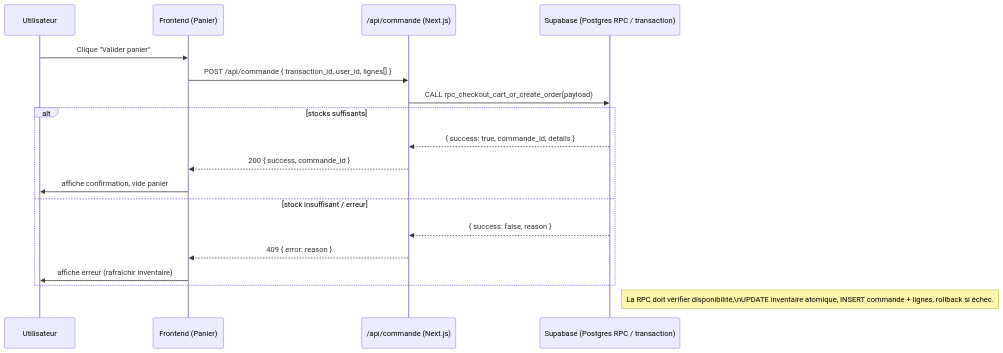
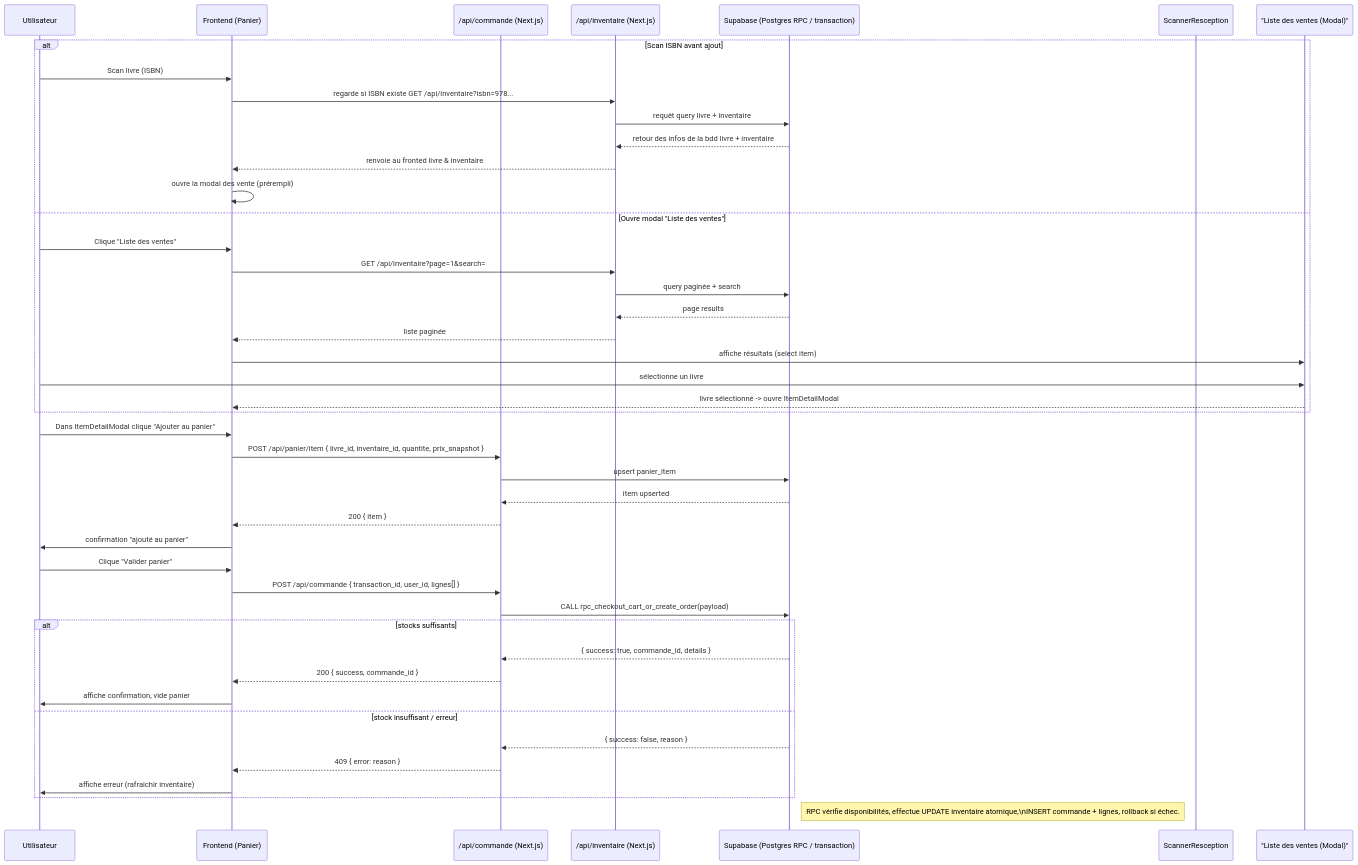
Before and after one commit to AureleinCMCI/projectCPH.ioi: the second of 3 diagrams in sequence_diagram.md, drawn with Mermaid. The commit also changed other lines of this file and 16 other files, not shown here.

````diff
--- a/sequence_diagram.md
+++ b/sequence_diagram.md
@@ -31,22 +32,53 @@
 ```mermaid
 sequenceDiagram
   participant User as Utilisateur
   participant Front as Frontend (Panier)
   participant API as /api/commande (Next.js)
+  participant API_INV as /api/inventaire (Next.js)
   participant DB as Supabase (Postgres RPC / transaction)
+  participant Scanner as ScannerResception
+  participant Modal as "Liste des ventes (Modal)"
+
+  %% Avant d'ajouter au panier : scan ou ouvrir la modal
+  alt Scan ISBN avant ajout
+    User->>Front: Scan livre (ISBN)
+   
+    Front->>API_INV: regarde si ISBN existe GET /api/inventaire?isbn=978...
+    API_INV->>DB: requêt query livre + inventaire
+    DB-->>API_INV: retour des infos de la bdd livre + inventaire
+    API_INV-->>Front: renvoie au fronted livre & inventaire
+    Front->>Front: ouvre la modal des vente (prérempli)
+  else Ouvre modal "Liste des ventes"
+    User->>Front: Clique "Liste des ventes"
+    Front->>API_INV: GET /api/inventaire?page=1&search=
+    API_INV->>DB: query paginée + search
+    DB-->>API_INV: page results
+    API_INV-->>Front: liste paginée
+    Front->>Modal: affiche résultats (select item)
+    User->>Modal: sélectionne un livre
+    Modal-->>Front: livre sélectionné -> ouvre ItemDetailModal
+  end
+
+  %% Ajout au panier puis checkout
+  User->>Front: Dans ItemDetailModal clique "Ajouter au panier"
+  Front->>API: POST /api/panier/item { livre_id, inventaire_id, quantite, prix_snapshot }
+  API->>DB: upsert panier_item
+  DB-->>API: item upserted
+  API-->>Front: 200 { item }
+  Front->>User: confirmation "ajouté au panier"
 
   User->>Front: Clique "Valider panier"
   Front->>API: POST /api/commande { transaction_id, user_id, lignes[] }
   API->>DB: CALL rpc_checkout_cart_or_create_order(payload)
   alt stocks suffisants
     DB-->>API: { success: true, commande_id, details }
     API-->>Front: 200 { success, commande_id }
     Front->>User: affiche confirmation, vide panier
   else stock insuffisant / erreur
     DB-->>API: { success: false, reason }
     API-->>Front: 409 { error: reason }
     Front->>User: affiche erreur (rafraîchir inventaire)
   end
 
-  note right of DB: La RPC doit vérifier disponibilité,\nUPDATE inventaire atomique, INSERT commande + lignes, rollback si échec.
+  note right of DB: RPC vérifie disponibilités, effectue UPDATE inventaire atomique,\nINSERT commande + lignes, rollback si échec.
 ```
````
